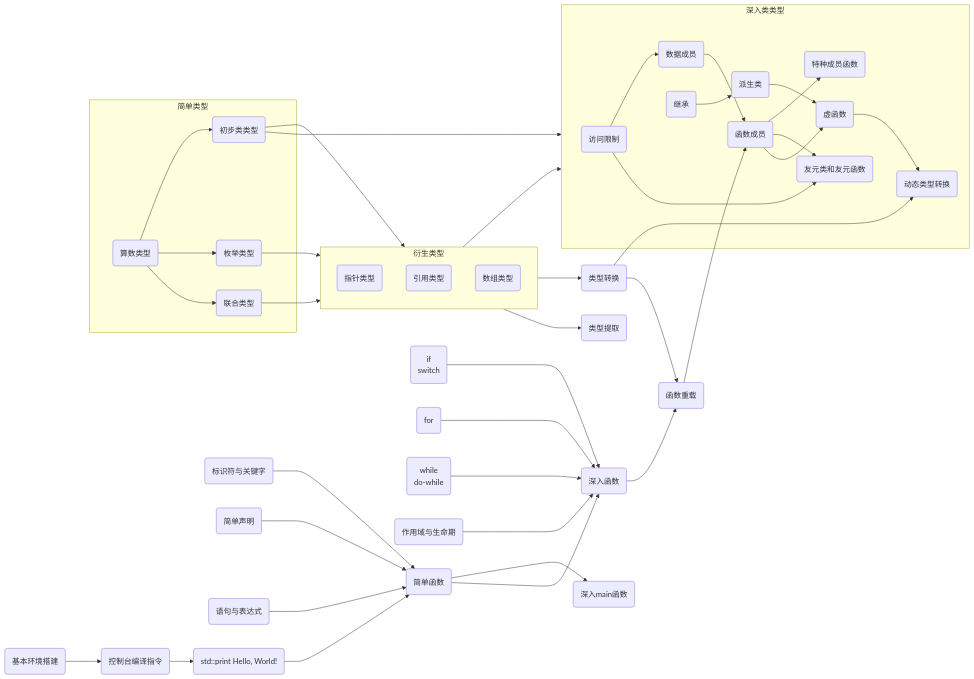
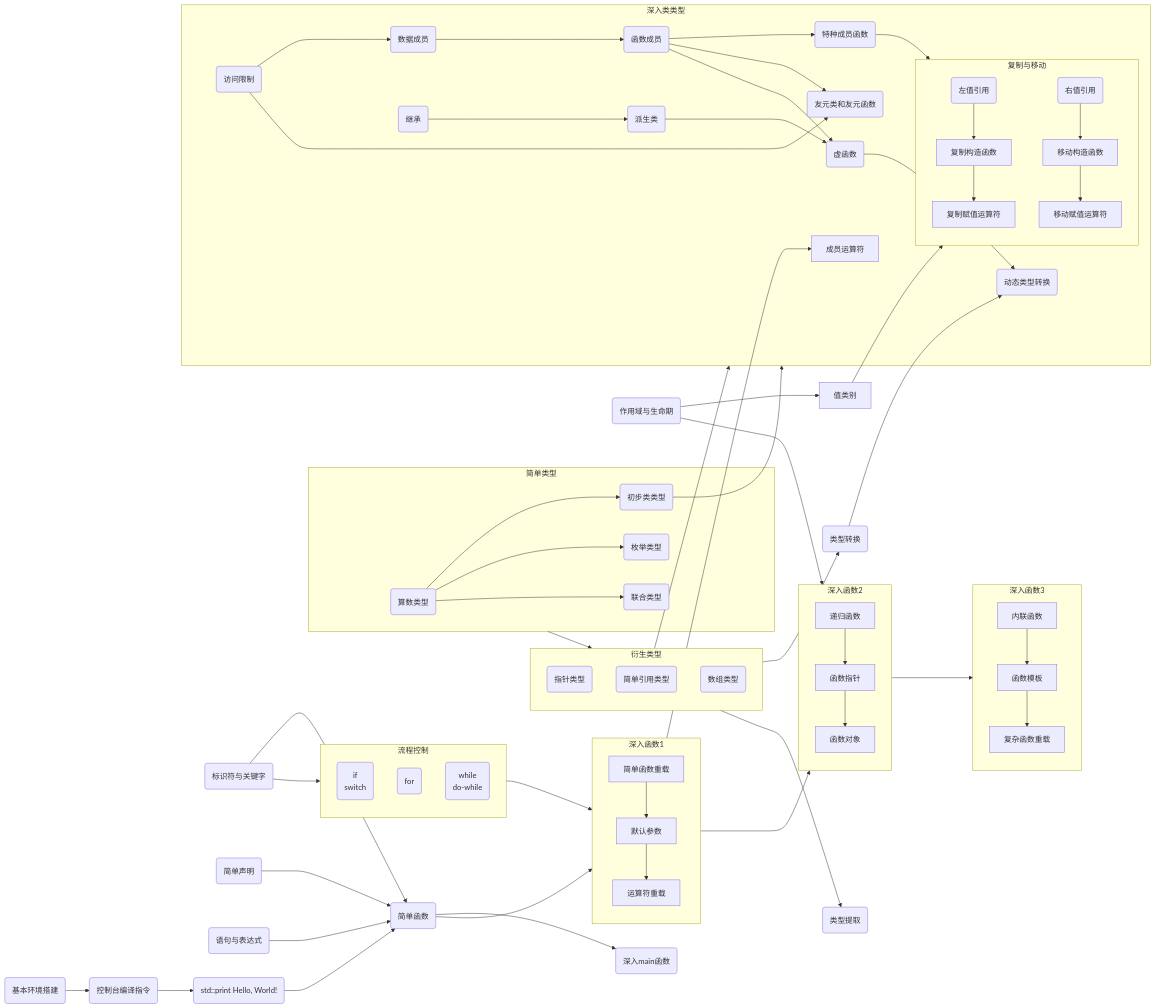
The diagram in src/zh/README.md (dynilath/modern-cpp-primer), drawn with Mermaid before and after one commit.

Commit message:
Update Roadmap

```diff
--- a/src/zh/README.md
+++ b/src/zh/README.md
@@ -18,14 +18,31 @@
   T01 --> T02
   T02 --> F001(深入main函数)
 
-  X006(if<br/>switch) 
-  X007(for) 
-  X008(while<br/>do-while)
-  X009(作用域与生命期)-->F002(深入函数)
-  X006 --> F002
-  X007 --> F002
-  X008 --> F002
-  T02 --> F002
+  subgraph 流程控制
+    X006(if<br/>switch) 
+    X007(for) 
+    X008(while<br/>do-while)
+  end
+  X009(作用域与生命期)-->深入函数2
+  X003-->流程控制
+  流程控制 --> 深入函数1
+  T02 --> 深入函数1
+
+  subgraph 深入函数1
+    简单函数重载 --> 默认参数 --> 运算符重载
+  end
+
+  subgraph 深入函数2
+    递归函数 --> 函数指针 --> 函数对象
+  end
+
+  subgraph 深入函数3
+    内联函数 --> 函数模板 --> 复杂函数重载
+  end
+
+  深入函数1 --> 深入函数2
+  深入函数2 --> 深入函数3
+
 
   subgraph 简单类型
     X010(算数类型)-->X011(初步类类型)
@@ -35,17 +52,17 @@
 
   subgraph 衍生类型
     X014(指针类型)
-    X015(引用类型)
+    X015(简单引用类型)
     X016(数组类型)
   end
-  X011-->衍生类型
-  X012-->衍生类型
-  X013-->衍生类型
+
+  简单类型-->衍生类型
 
   衍生类型-->深入类类型
-  衍生类型-->T0202(类型转换)
-  T0202-->T0203(函数重载)
-  F002-->T0203
+
+
+  X009 --> 值类别
+
 
   X011-->深入类类型
   subgraph 深入类类型
@@ -54,10 +71,25 @@
     T0205-->T0208(友元类和友元函数)
     T0204-->T0208
 
+    成员运算符
+
     T0209(继承) --> T0210(派生类) --> T0211(虚函数) --> T0212(动态类型转换)
-    T0205-->T0211
+    T0205-->T0211  
+
+    subgraph 复制与移动
+      X019(左值引用)-->复制构造函数-->复制赋值运算符
+      X020(右值引用)-->移动构造函数-->移动赋值运算符
+    end
+
+    T0207-->复制与移动
   end
-  T0203-->T0205
+
+
+  衍生类型-->T0202(类型转换)
+
+  值类别-->复制与移动
+
+  深入函数1 --> 成员运算符
   T0202-->T0212
 
   衍生类型-->T0304(类型提取)
```
